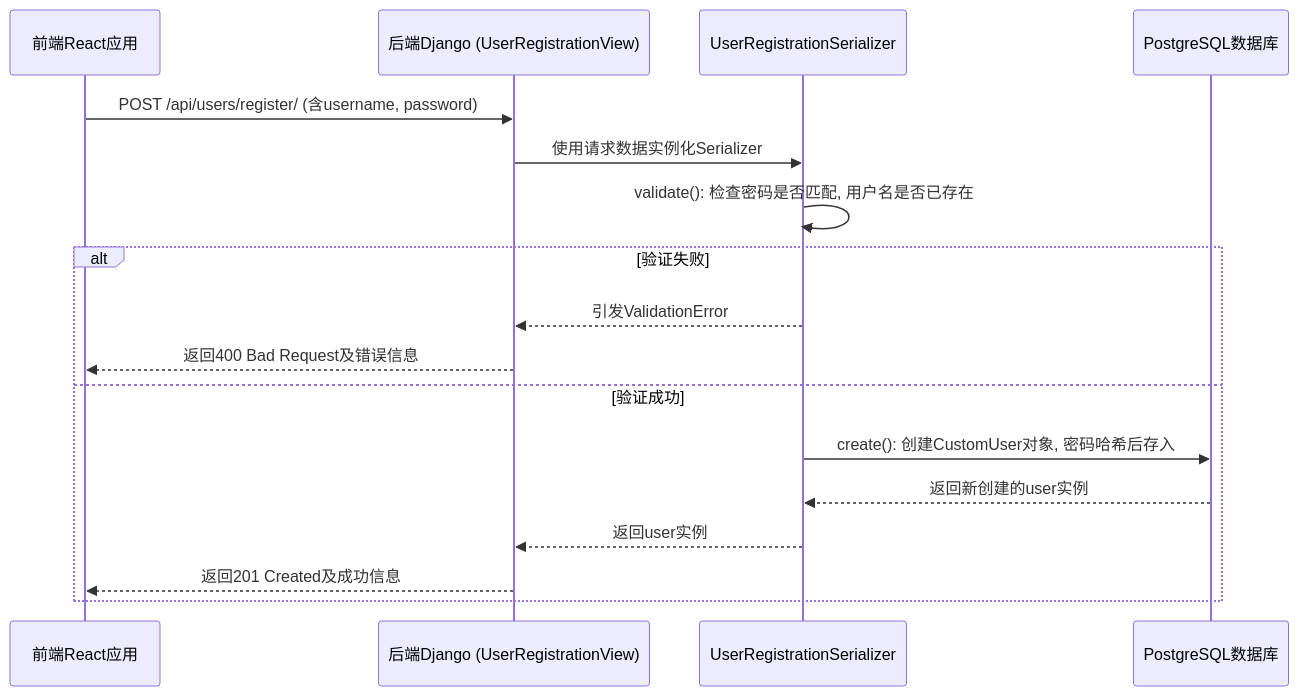
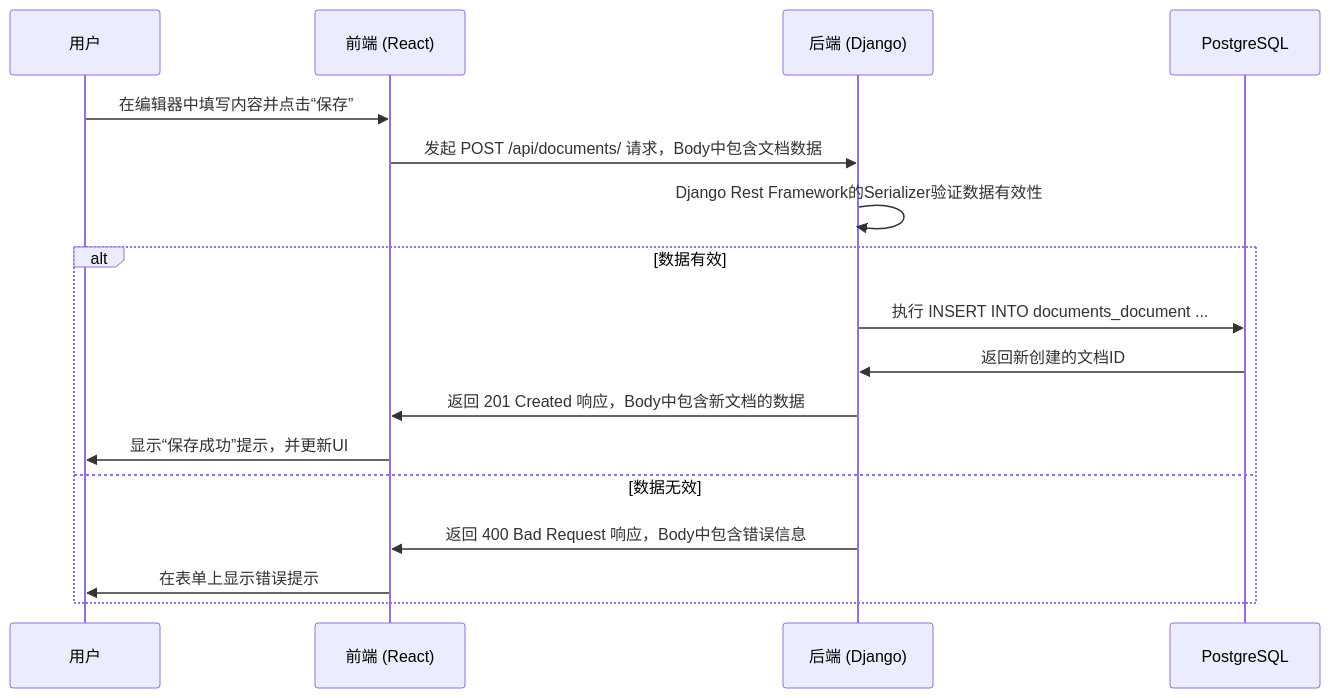
The second of 3 diagrams in .cospec/wiki/04_Data_Flow_and_Integration.md (oneMuggle/OmniDesk), drawn with Mermaid before and after one commit. The commit also changed other lines of this file and 12 other files, not shown here.

````diff
--- a/.cospec/wiki/04_Data_Flow_and_Integration.md
+++ b/.cospec/wiki/04_Data_Flow_and_Integration.md
@@ -49,20 +55,20 @@
 ```mermaid
 sequenceDiagram
-    participant F as 前端React应用
-    participant B as 后端Django (UserRegistrationView)
-    participant S as UserRegistrationSerializer
-    participant DB as PostgreSQL数据库
-
-    F->>B: POST /api/users/register/ (含username, password)
-    B->>S: 使用请求数据实例化Serializer
-    S->>S: validate(): 检查密码是否匹配, 用户名是否已存在
-    alt 验证失败
-        S-->>B: 引发ValidationError
-        B-->>F: 返回400 Bad Request及错误信息
-    else 验证成功
-        S->>DB: create(): 创建CustomUser对象, 密码哈希后存入
-        DB-->>S: 返回新创建的user实例
-        S-->>B: 返回user实例
-        B-->>F: 返回201 Created及成功信息
+    participant User as 用户
+    participant FE as 前端 (React)
+    participant BE as 后端 (Django)
+    participant DB as PostgreSQL
+    
+    User->>FE: 在编辑器中填写内容并点击“保存”
+    FE->>BE: 发起 POST /api/documents/ 请求，Body中包含文档数据
+    BE->>BE: Django Rest Framework的Serializer验证数据有效性
+    alt 数据有效
+        BE->>DB: 执行 INSERT INTO documents_document ...
+        DB->>BE: 返回新创建的文档ID
+        BE->>FE: 返回 201 Created 响应，Body中包含新文档的数据
+        FE->>User: 显示“保存成功”提示，并更新UI
+    else 数据无效
+        BE->>FE: 返回 400 Bad Request 响应，Body中包含错误信息
+        FE->>User: 在表单上显示错误提示
     end
 ```
````
